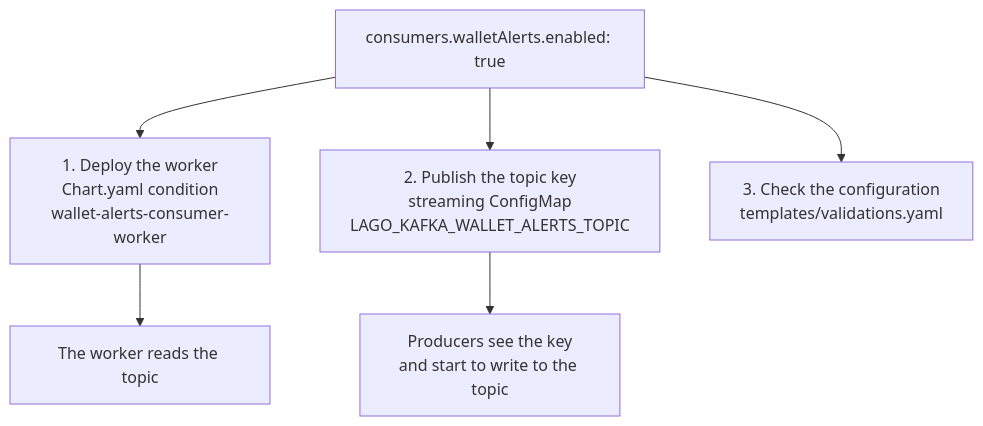
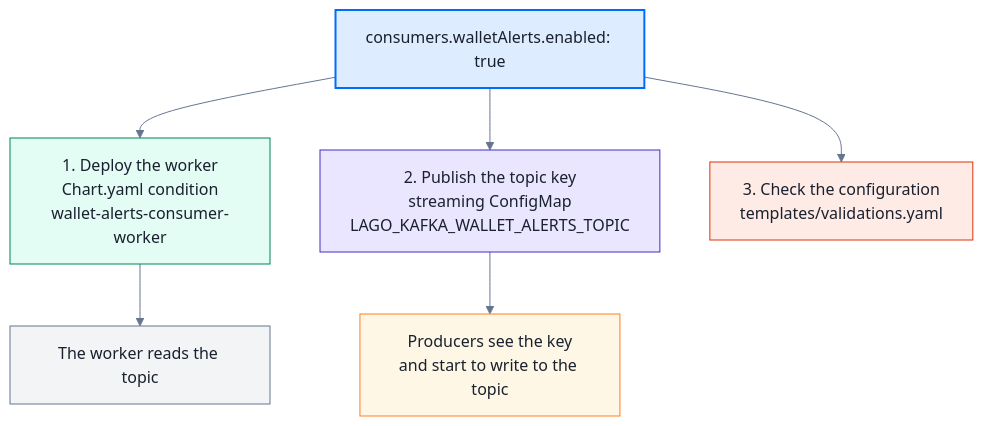
One commit to getlago/lago-helm-charts changed the first of 2 diagrams in charts/lago/docs/streaming-consumers.md. Above: the diagram before and after it, drawn with Mermaid. The commit also changed other lines of this file, not shown here.

Commit message:
docs(lago): color the streaming consumer diagrams with the Lago palette
Use the lago-front design-system scales (packages/configs/tailwind.config.ts):
blue for the value you set, yellow for producers, purple for topics, green
for workers, red for the checks, grey for effects and external producers.
Node text is grey-700 so it stays readable in dark mode.

````diff
--- a/charts/lago/docs/streaming-consumers.md
+++ b/charts/lago/docs/streaming-consumers.md
@@ -24,9 +24,17 @@
 ```mermaid
+%%{init: {'theme': 'base', 'themeVariables': {'lineColor': '#66758F', 'primaryTextColor': '#19212E'}}}%%
 flowchart TD
-    S["consumers.walletAlerts.enabled: true"]
-    S --> W["1. Deploy the worker<br/>Chart.yaml condition<br/>wallet-alerts-consumer-worker"]
-    S --> T["2. Publish the topic key<br/>streaming ConfigMap<br/>LAGO_KAFKA_WALLET_ALERTS_TOPIC"]
-    S --> G["3. Check the configuration<br/>templates/validations.yaml"]
-    T --> P["Producers see the key<br/>and start to write to the topic"]
-    W --> C["The worker reads the topic"]
+    S["consumers.walletAlerts.enabled: true"]:::switch
+    S --> W["1. Deploy the worker<br/>Chart.yaml condition<br/>wallet-alerts-consumer-worker"]:::worker
+    S --> T["2. Publish the topic key<br/>streaming ConfigMap<br/>LAGO_KAFKA_WALLET_ALERTS_TOPIC"]:::topic
+    S --> G["3. Check the configuration<br/>templates/validations.yaml"]:::check
+    T --> P["Producers see the key<br/>and start to write to the topic"]:::producer
+    W --> C["The worker reads the topic"]:::neutral
+    classDef switch fill:#DEECFF,stroke:#006CFA,stroke-width:2px,color:#19212E
+    classDef producer fill:#FFF7E6,stroke:#FF7E1D,color:#19212E
+    classDef topic fill:#EAE6FF,stroke:#422CC1,color:#19212E
+    classDef worker fill:#E3FCF4,stroke:#008559,color:#19212E
+    classDef check fill:#FFEBE6,stroke:#DC3309,color:#19212E
+    classDef neutral fill:#F3F4F6,stroke:#66758F,color:#19212E
+    classDef external fill:#F3F4F6,stroke:#66758F,stroke-dasharray:4 3,color:#19212E
 ```
````
